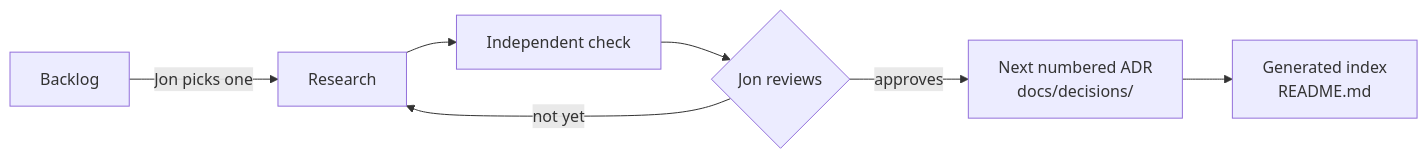
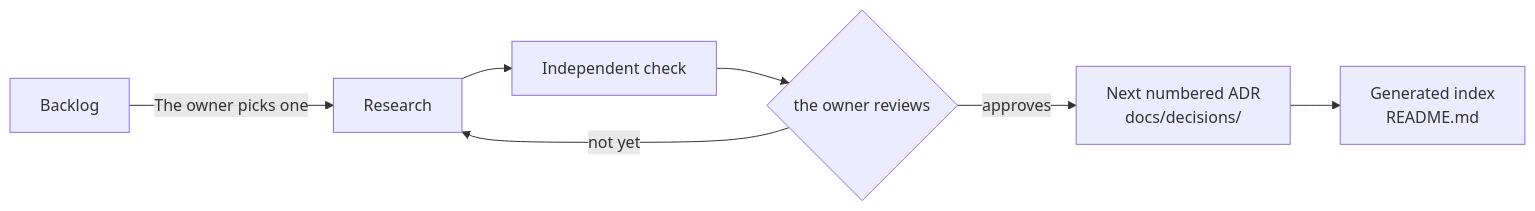
One commit to jonhill90/central-hub changed the diagram in docs/decisions/0001-record-decisions-as-markdown-records.md. Above: the diagram before and after it, drawn with Mermaid. The commit also changed other lines of this file and 59 other files, not shown here.

````diff
--- a/docs/decisions/0001-record-decisions-as-markdown-records.md
+++ b/docs/decisions/0001-record-decisions-as-markdown-records.md
@@ -51,9 +49,9 @@
 ```mermaid
 flowchart LR
-  B[Backlog] -->|Jon picks one| R[Research]
+  B[Backlog] -->|The owner picks one| R[Research]
   R --> C[Independent check]
-  C --> J{Jon reviews}
+  C --> J{the owner reviews}
   J -->|not yet| R
   J -->|approves| A[Next numbered ADR<br/>docs/decisions/]
   A --> I[Generated index<br/>README.md]
 ```
````
